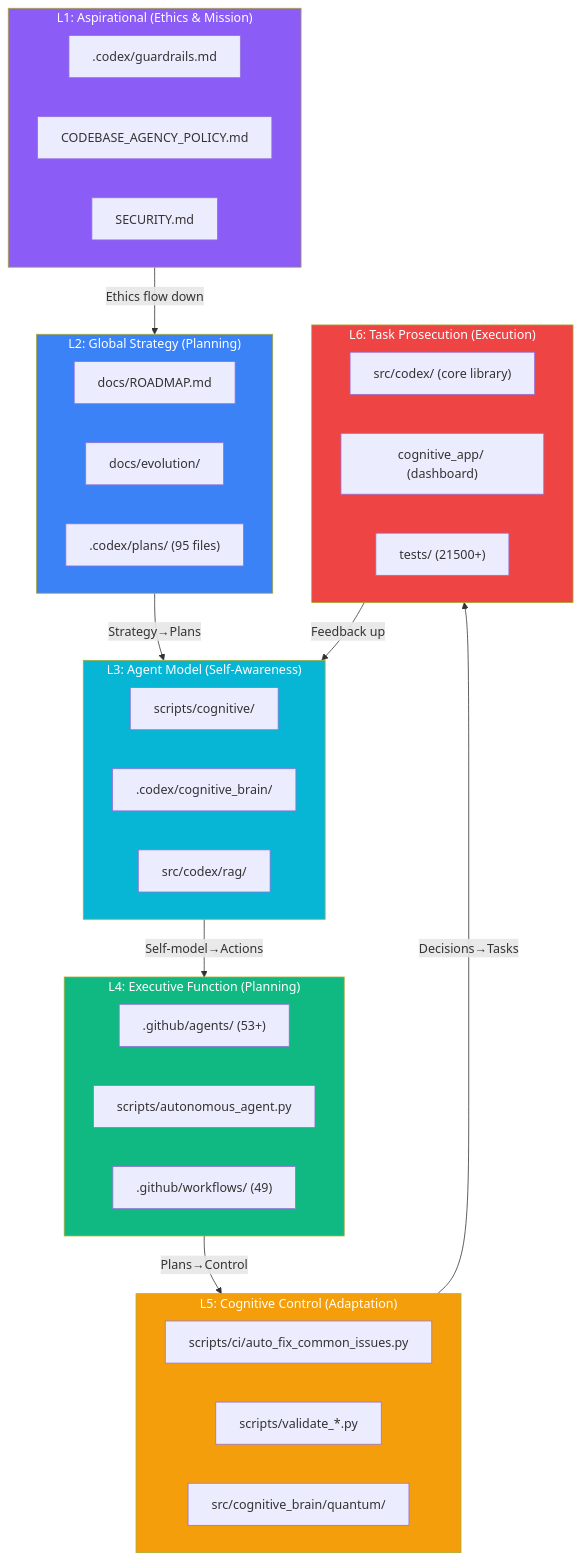
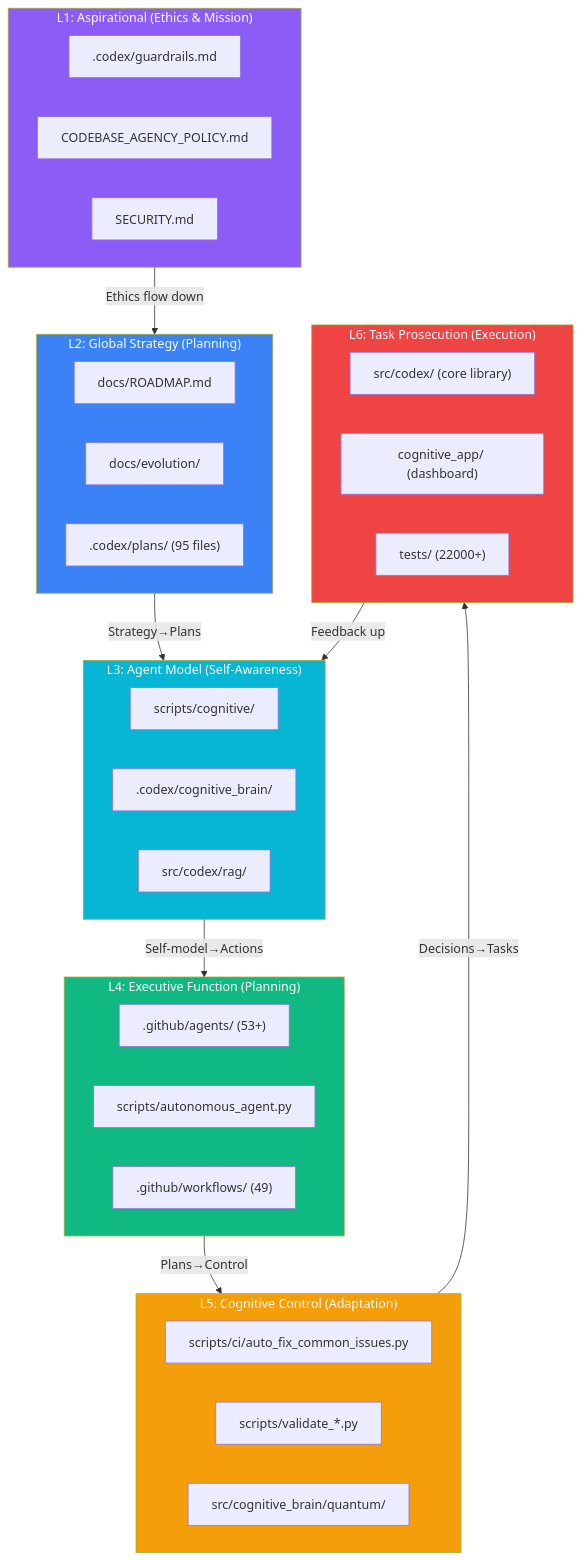
The diagram in docs/evolution/COGNITIVE_CODEBASE_MAP.md (Aries-Serpent/_codex_), drawn with Mermaid before and after one commit. The commit also changed 6 other files, not shown here.

````diff
--- a/docs/evolution/COGNITIVE_CODEBASE_MAP.md
+++ b/docs/evolution/COGNITIVE_CODEBASE_MAP.md
@@ -12,52 +12,52 @@
 ```mermaid
 graph TD
     subgraph L1["L1: Aspirational (Ethics & Mission)"]
         E1[".codex/guardrails.md"]
         E2["CODEBASE_AGENCY_POLICY.md"]
         E3["SECURITY.md"]
     end
 
     subgraph L2["L2: Global Strategy (Planning)"]
         S1["docs/ROADMAP.md"]
         S2["docs/evolution/"]
         S3[".codex/plans/ (95 files)"]
     end
 
     subgraph L3["L3: Agent Model (Self-Awareness)"]
         M1["scripts/cognitive/"]
         M2[".codex/cognitive_brain/"]
         M3["src/codex/rag/"]
     end
 
     subgraph L4["L4: Executive Function (Planning)"]
         X1[".github/agents/ (53+)"]
         X2["scripts/autonomous_agent.py"]
         X3[".github/workflows/ (49)"]
     end
 
     subgraph L5["L5: Cognitive Control (Adaptation)"]
         C1["scripts/ci/auto_fix_common_issues.py"]
         C2["scripts/validate_*.py"]
         C3["src/cognitive_brain/quantum/"]
     end
 
     subgraph L6["L6: Task Prosecution (Execution)"]
         T1["src/codex/ (core library)"]
         T2["cognitive_app/ (dashboard)"]
-        T3["tests/ (21500+)"]
+        T3["tests/ (22000+)"]
     end
 
     L1 -->|"Ethics flow down"| L2
     L2 -->|"Strategy→Plans"| L3
     L3 -->|"Self-model→Actions"| L4
     L4 -->|"Plans→Control"| L5
     L5 -->|"Decisions→Tasks"| L6
     L6 -->|"Feedback up"| L3
 
     style L1 fill:#8b5cf6,color:#fff
     style L2 fill:#3b82f6,color:#fff
     style L3 fill:#06b6d4,color:#fff
     style L4 fill:#10b981,color:#fff
     style L5 fill:#f59e0b,color:#fff
     style L6 fill:#ef4444,color:#fff
 ```
````
